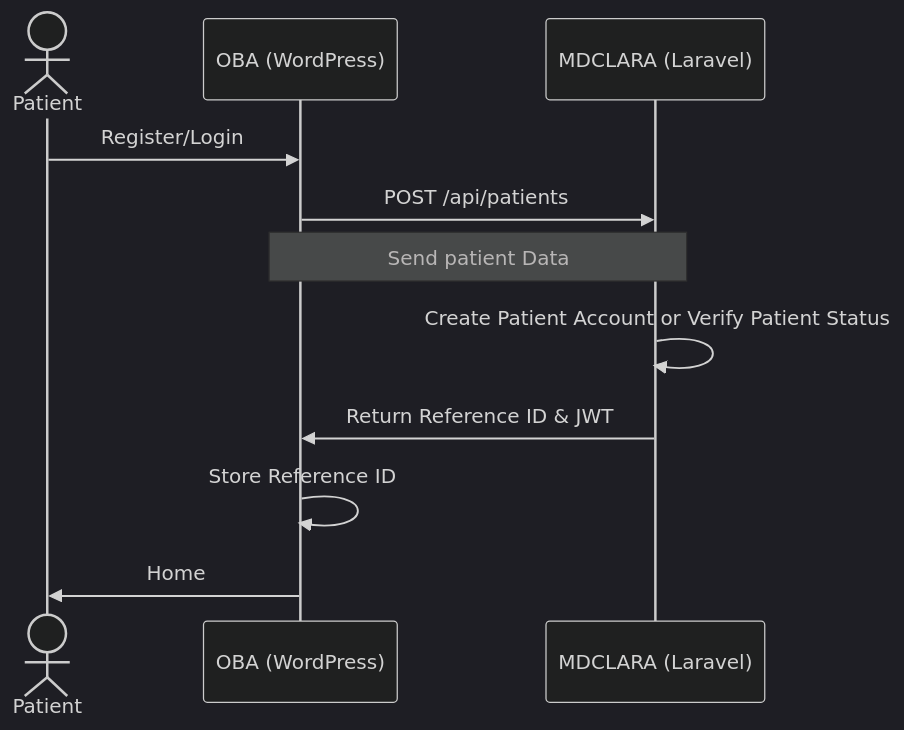
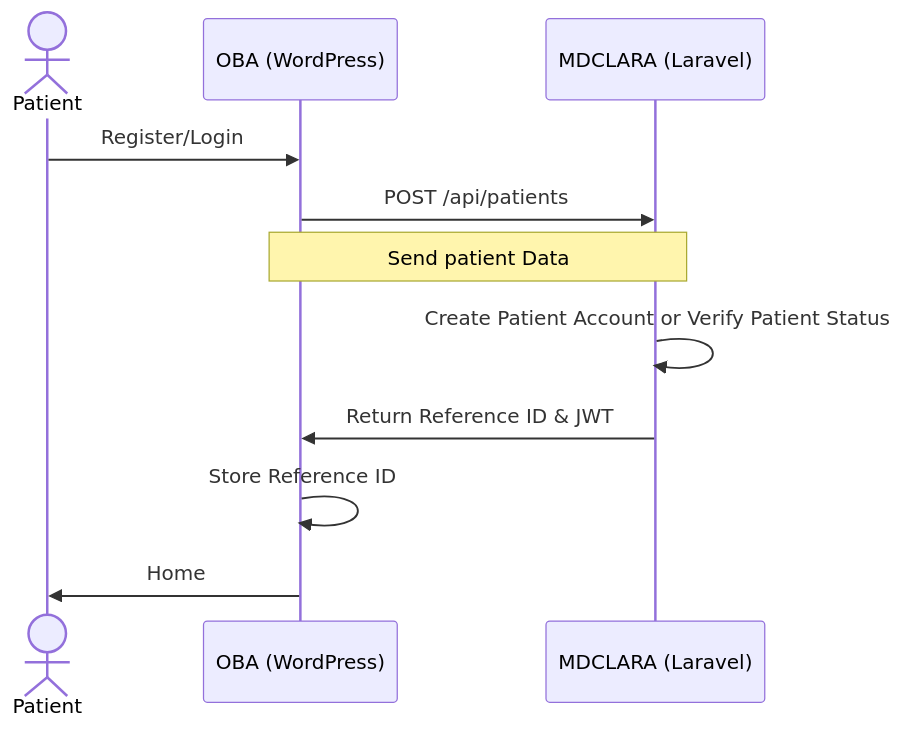
Before and after one commit to MOHAMEDHESMAM8/obahealthclub: the second of 5 diagrams in index.md, drawn with Mermaid. The commit also changed other lines of this file and 3 other files, not shown here.

````diff
--- a/index.md
+++ b/index.md
@@ -50,14 +53,14 @@
 ```mermaid
-%%{init: {'theme': 'dark'}}%%
 sequenceDiagram
     actor Patient
     participant OBA as OBA (WordPress)
     participant MDCLARA as MDCLARA (Laravel)
     Patient->>OBA: Register/Login
     OBA->>MDCLARA: POST /api/patients
     Note over OBA,MDCLARA: Send patient Data
     MDCLARA->>MDCLARA: Create Patient Account or Verify Patient Status 
     MDCLARA->>OBA: Return Reference ID & JWT
     OBA->>OBA: Store Reference ID
     OBA->>Patient: Home
+
 ```
````
